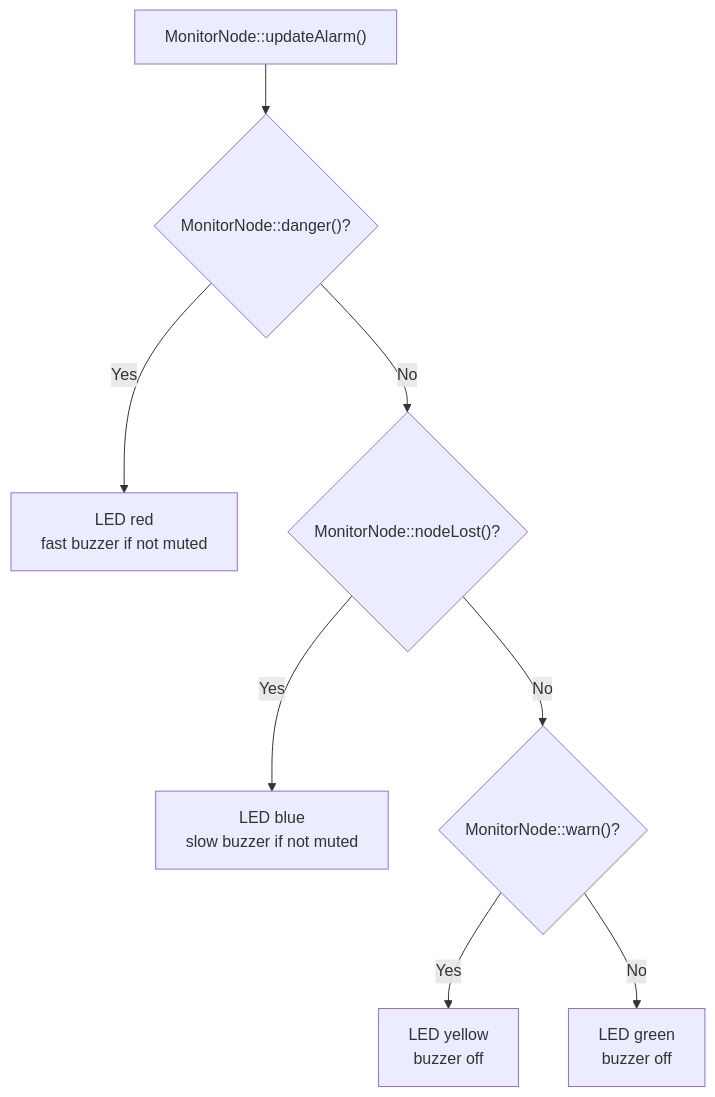
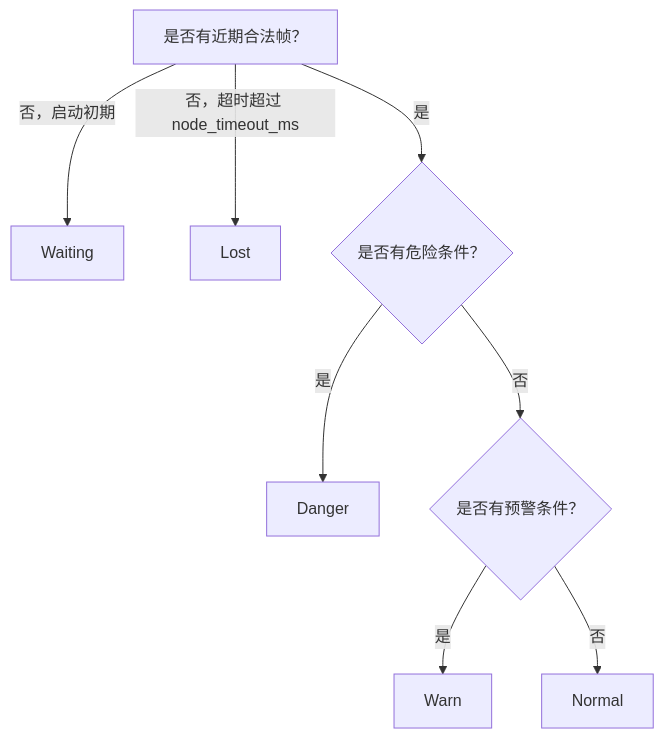
The second of 2 diagrams in docs/FUNCTION_DESIGN_WALKTHROUGH.zh-CN.md (Cusnd/dual-stm32-safety-monitor), drawn with Mermaid before and after one commit. The commit also changed other lines of this file and 63 other files, not shown here.

Commit message:
Update backend architecture docs and firmware modules

````diff
--- a/docs/FUNCTION_DESIGN_WALKTHROUGH.zh-CN.md
+++ b/docs/FUNCTION_DESIGN_WALKTHROUGH.zh-CN.md
@@ -339,10 +107,10 @@
 ```mermaid
 flowchart TD
-  D["MonitorNode::updateAlarm()"] --> A{"MonitorNode::danger()?"}
-  A -->|"Yes"| RED["LED red\nfast buzzer if not muted"]
-  A -->|"No"| L{"MonitorNode::nodeLost()?"}
-  L -->|"Yes"| BLUE["LED blue\nslow buzzer if not muted"]
-  L -->|"No"| W{"MonitorNode::warn()?"}
-  W -->|"Yes"| YELLOW["LED yellow\nbuzzer off"]
-  W -->|"No"| GREEN["LED green\nbuzzer off"]
+  A["是否有近期合法帧？"] -->|"否，启动初期"| W["Waiting"]
+  A -->|"否，超时超过 node_timeout_ms"| L["Lost"]
+  A -->|"是"| D{"是否有危险条件？"}
+  D -->|"是"| Danger["Danger"]
+  D -->|"否"| R{"是否有预警条件？"}
+  R -->|"是"| Warn["Warn"]
+  R -->|"否"| Normal["Normal"]
 ```
````
